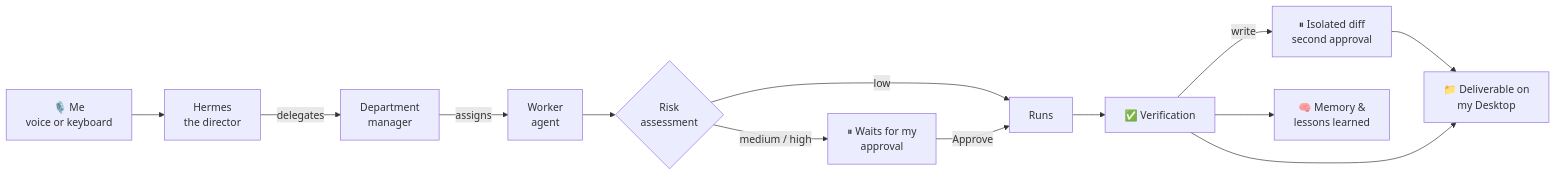
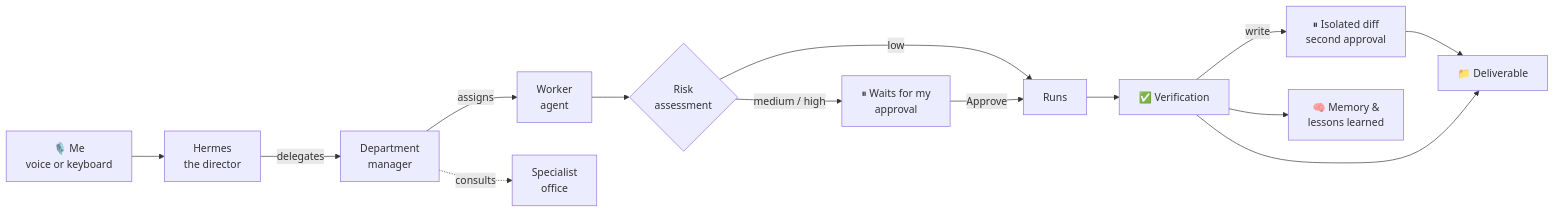
One commit to Dow08/OS-Agentique_showcase changed the first of 3 diagrams in README.md. Above: the diagram before and after it, drawn with Mermaid. The commit also changed other lines of this file and 50 other files, not shown here.

````diff
--- a/README.md
+++ b/README.md
@@ -55,15 +57,16 @@
 ```mermaid
 flowchart LR
     A["🎙️ Me<br/>voice or keyboard"] --> B["Hermes<br/>the director"]
     B -->|delegates| C["Department<br/>manager"]
     C -->|assigns| D["Worker<br/>agent"]
+    C -.->|consults| S["Specialist<br/>office"]
     D --> E{"Risk<br/>assessment"}
     E -->|low| F["Runs"]
     E -->|medium / high| G["⏸ Waits for my<br/>approval"]
     G -->|Approve| F
     F --> H["✅ Verification"]
     H -->|write| H2["⏸ Isolated diff<br/>second approval"]
     H2 --> I
-    H --> I["📁 Deliverable on<br/>my Desktop"]
+    H --> I["📁 Deliverable"]
     H --> J["🧠 Memory &<br/>lessons learned"]
 ```
````
